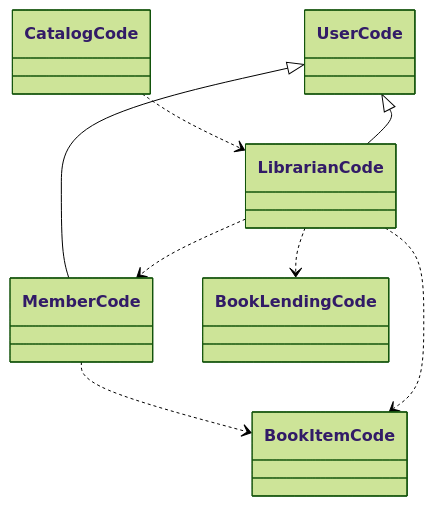
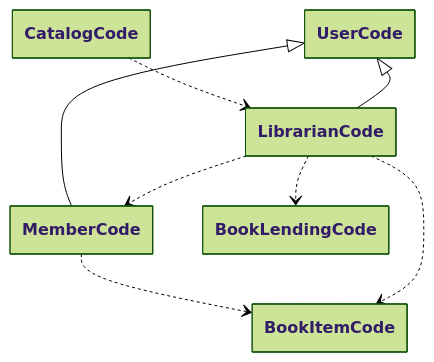
One commit to PatrickGIRY/Data-Oriented-Programming changed the third of 3 diagrams in chapter_1/README.md. Above: the diagram before and after it, drawn with Mermaid (forest theme). The commit also changed other lines of this file, not shown here.

Commit message:
Add config to hide empty members box in class diagram

````diff
--- a/chapter_1/README.md
+++ b/chapter_1/README.md
@@ -139,17 +149,22 @@
 ```mermaid
+---
+  config:
+    class:
+      hideEmptyMembersBox: true
+---
 classDiagram
 class CatalogCode
 class LibrarianCode
 class MemberCode
 class BookLendingCode
 class BookItemCode 
 class UserCode
 
 CatalogCode ..> LibrarianCode
 UserCode <|-- LibrarianCode
 UserCode <|-- MemberCode
 MemberCode ..> BookItemCode
 LibrarianCode ..> BookItemCode
 LibrarianCode ..> MemberCode
 LibrarianCode ..> BookLendingCode
 ```
````
